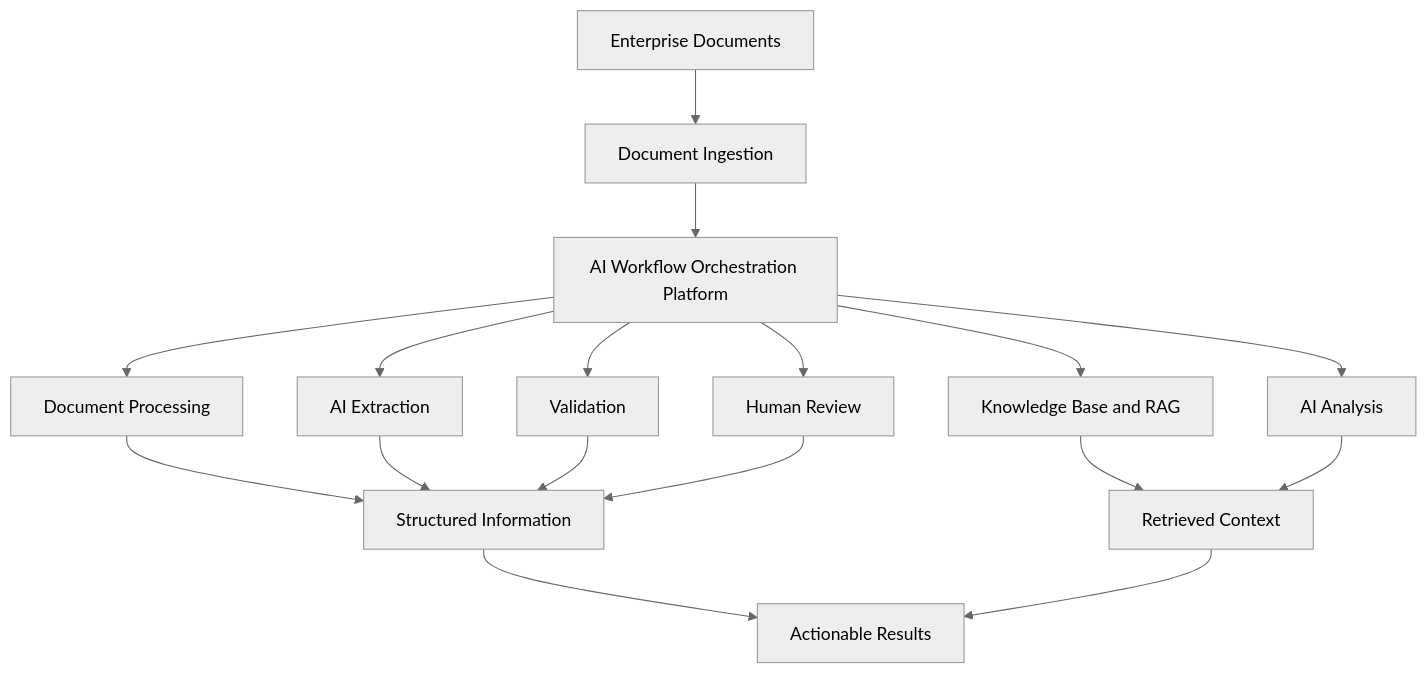
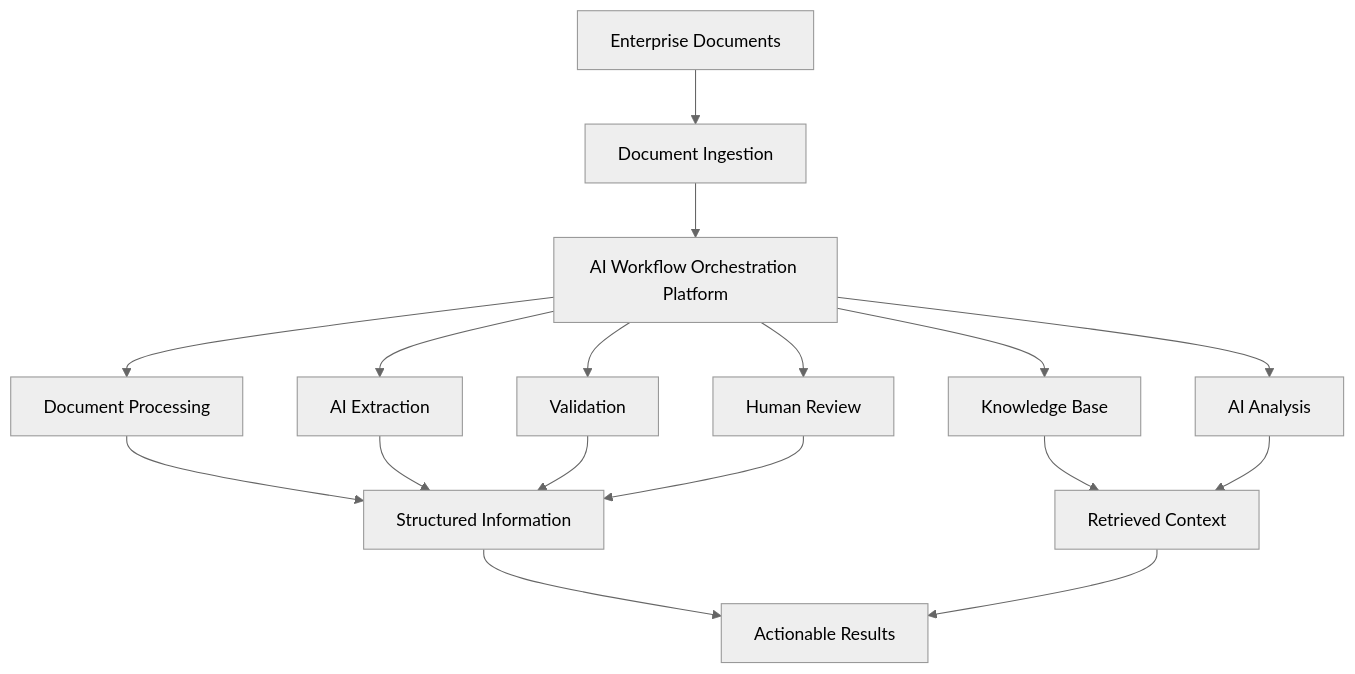
Before and after one commit to garimakumari44/enterprize_ai: the second of 14 diagrams in README.md, drawn with Mermaid (neutral theme). The commit also changed other lines of this file, not shown here.

Commit message:
Update README with architecture and platform documentation

````diff
--- a/README.md
+++ b/README.md
@@ -79,23 +84,23 @@
 ```mermaid
 flowchart TD
     A[Enterprise Documents] --> B[Document Ingestion]
-
     B --> C[AI Workflow Orchestration Platform]
 
     C --> D[Document Processing]
     C --> E[AI Extraction]
     C --> F[Validation]
-    C --> G[Knowledge Base and RAG]
+    C --> G[Knowledge Base]
     C --> H[AI Analysis]
     C --> I[Human Review]
 
     D --> J[Structured Information]
     E --> J
     F --> J
+    I --> J
+
     G --> K[Retrieved Context]
     H --> K
-    I --> J
 
     J --> L[Actionable Results]
     K --> L
 ```
````
